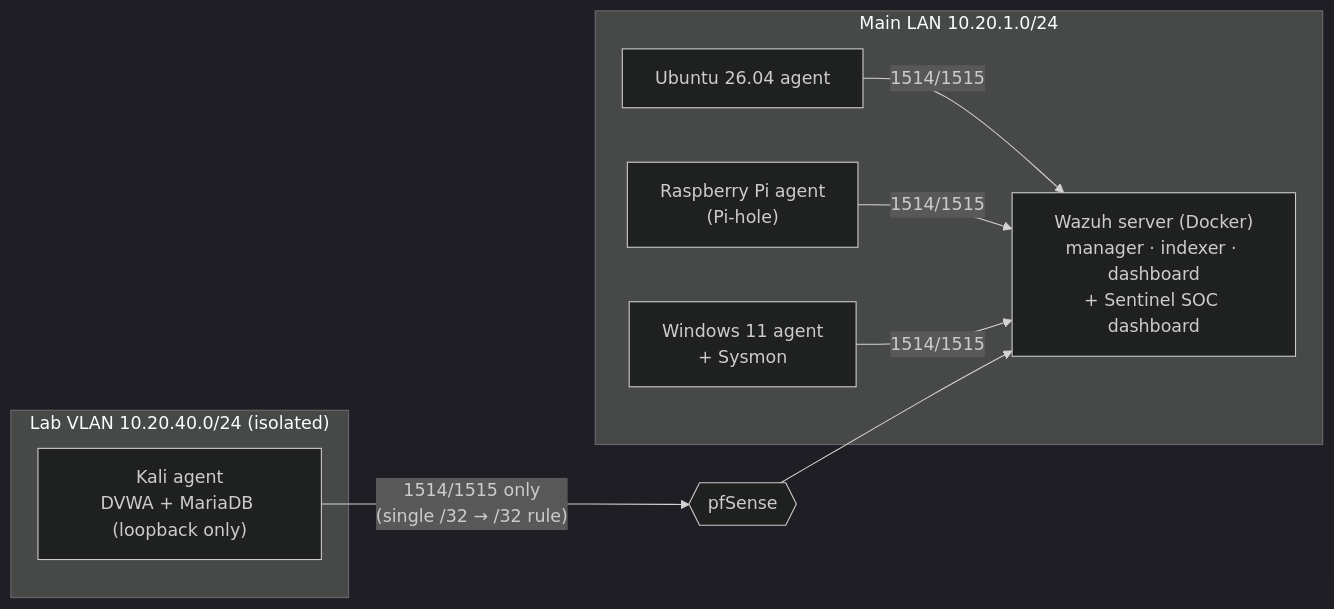
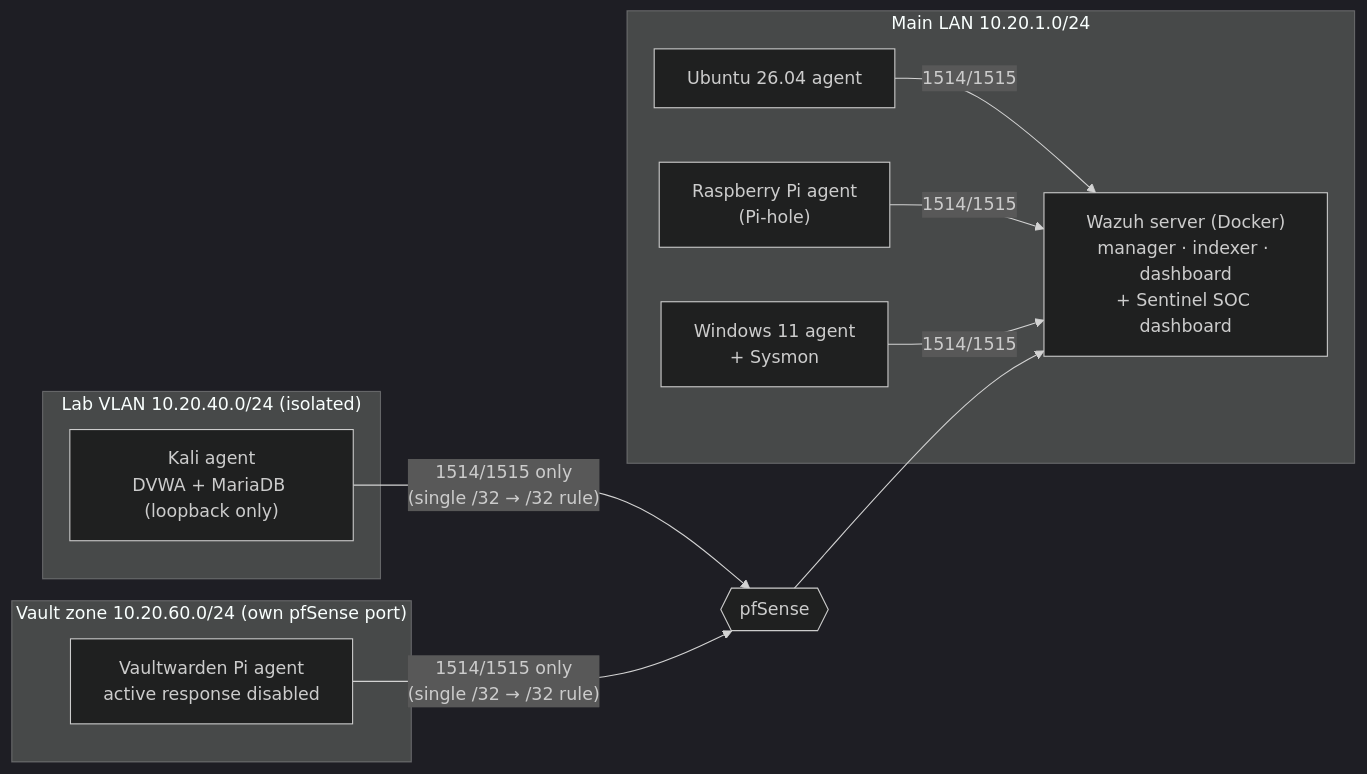
The diagram in README.md (KevinTechLabs/Homelab-SIEM-Detection-Lab), drawn with Mermaid (dark theme) before and after one commit. The commit also changed other lines of this file and 1 other file, not shown here.

First line of the commit message:
Add the password-vault Pi as a send-only Wazuh agent

````diff
--- a/README.md
+++ b/README.md
@@ -21,17 +22,21 @@
 ```mermaid
 flowchart LR
   subgraph LAN["Main LAN 10.20.1.0/24"]
     S["Wazuh server (Docker)<br/>manager · indexer · dashboard<br/>+ Sentinel SOC dashboard"]
     U2["Ubuntu 26.04 agent"]
     PI["Raspberry Pi agent<br/>(Pi-hole)"]
     W["Windows 11 agent<br/>+ Sysmon"]
   end
   subgraph LAB["Lab VLAN 10.20.40.0/24 (isolated)"]
     K["Kali agent<br/>DVWA + MariaDB (loopback only)"]
   end
+  subgraph VAULT["Vault zone 10.20.60.0/24 (own pfSense port)"]
+    V["Vaultwarden Pi agent<br/>active response disabled"]
+  end
   FW{{"pfSense"}}
   U2 -->|1514/1515| S
   PI -->|1514/1515| S
   W -->|1514/1515| S
   K -->|"1514/1515 only<br/>(single /32 → /32 rule)"| FW --> S
+  V -->|"1514/1515 only<br/>(single /32 → /32 rule)"| FW
 ```
````
